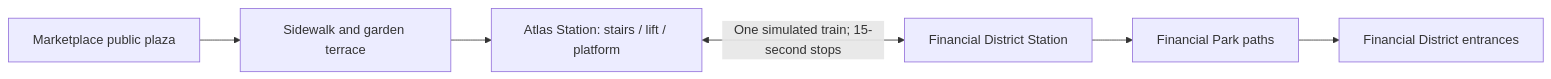
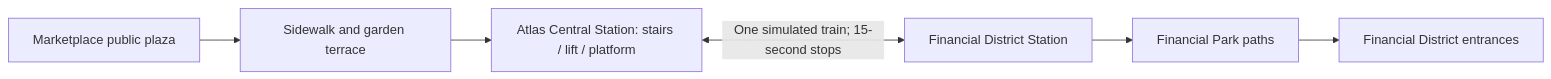
The diagram in docs/compact-city/README.md (khaneilcampbell/ai-ops-atlas), drawn with Mermaid before and after one commit. The commit also changed other lines of this file and 69 other files, not shown here.

````diff
--- a/docs/compact-city/README.md
+++ b/docs/compact-city/README.md
@@ -15,8 +15,8 @@
 ```mermaid
 flowchart LR
  M[Marketplace public plaza] --> W[Sidewalk and garden terrace]
- W --> A[Atlas Station: stairs / lift / platform]
+ W --> A[Atlas Central Station: stairs / lift / platform]
  A <-->|One simulated train; 15-second stops| F[Financial District Station]
  F --> P[Financial Park paths]
  P --> B[Financial District entrances]
 ```
````
